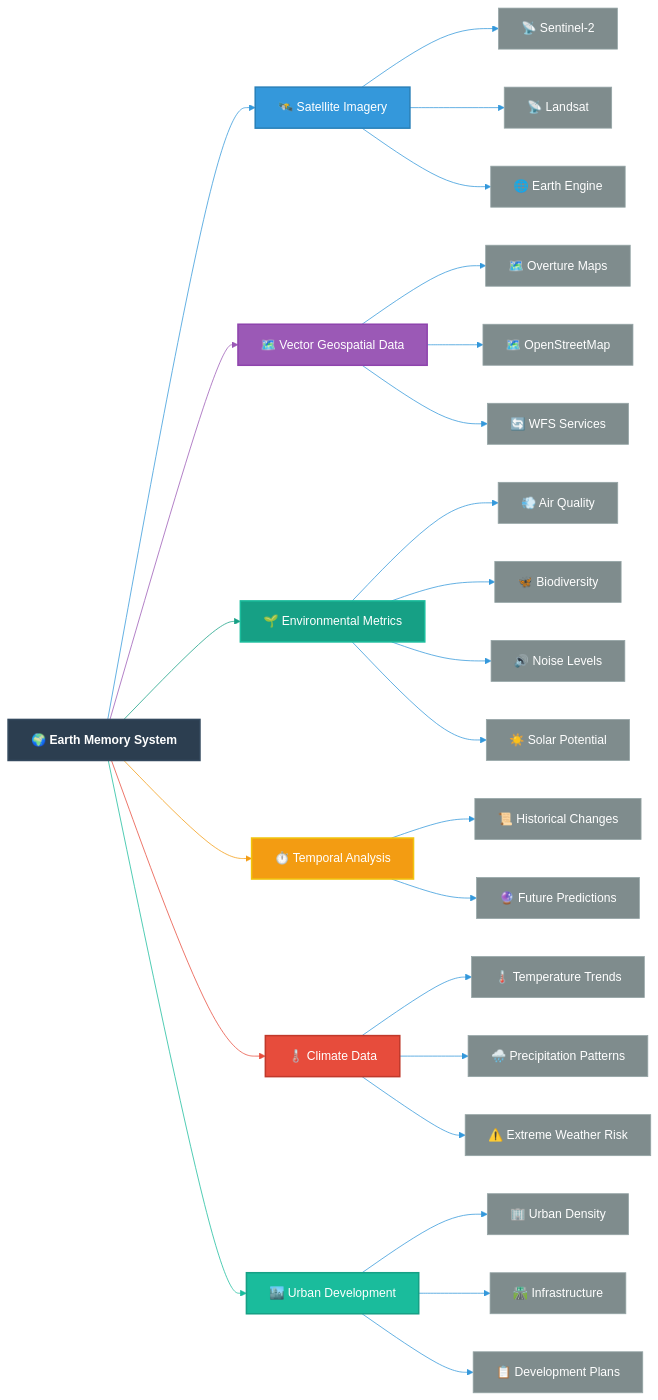
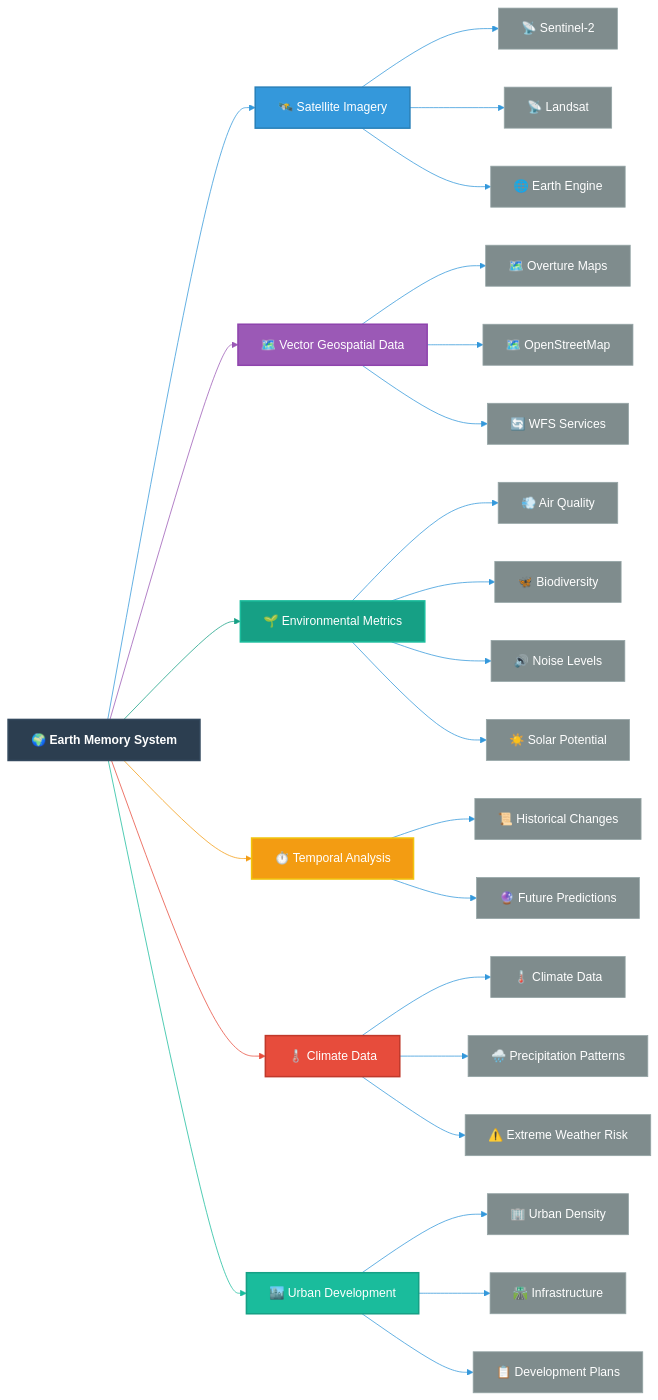
One commit to Vortx-AI/memories-dev changed the third of 6 diagrams in README.md. Above: the diagram before and after it, drawn with Mermaid. The commit also changed other lines of this file, not shown here.

Commit message:
Remove duplicate mermaid diagrams and keep only styled versions

````diff
--- a/README.md
+++ b/README.md
@@ -176,77 +142,77 @@
 ```mermaid
 %%{init: {'theme': 'forest', 'themeVariables': { 'primaryColor': '#2c3e50', 'primaryTextColor': '#ecf0f1', 'primaryBorderColor': '#34495e', 'lineColor': '#3498db', 'secondaryColor': '#16a085', 'tertiaryColor': '#2980b9'}}}%%
 graph LR
     classDef mainSystem fill:#2c3e50,stroke:#34495e,stroke-width:2px,color:white,font-weight:bold
     classDef satelliteData fill:#3498db,stroke:#2980b9,stroke-width:2px,color:white
     classDef vectorData fill:#9b59b6,stroke:#8e44ad,stroke-width:2px,color:white
     classDef environmentalData fill:#16a085,stroke:#1abc9c,stroke-width:2px,color:white
     classDef temporalData fill:#f39c12,stroke:#f1c40f,stroke-width:2px,color:white
     classDef climateData fill:#e74c3c,stroke:#c0392b,stroke-width:2px,color:white
     classDef urbanData fill:#1abc9c,stroke:#16a085,stroke-width:2px,color:white
     classDef dataSource fill:#7f8c8d,stroke:#95a5a6,stroke-width:1px,color:white
     
     A[🌍 Earth Memory System] --> B[🛰️ Satellite Imagery]
     A --> C[🗺️ Vector Geospatial Data]
     A --> D[🌱 Environmental Metrics]
     A --> E[⏱️ Temporal Analysis]
     A --> F[🌡️ Climate Data]
     A --> G[🏙️ Urban Development]
     
     B --> H[📡 Sentinel-2]
     B --> I[📡 Landsat]
     B --> J[🌐 Earth Engine]
     
     C --> K[🗺️ Overture Maps]
     C --> L[🗺️ OpenStreetMap]
     C --> M[🔄 WFS Services]
     
     D --> N[💨 Air Quality]
     D --> O[🦋 Biodiversity]
     D --> P[🔊 Noise Levels]
     D --> Q[☀️ Solar Potential]
     
     E --> R[📜 Historical Changes]
     E --> S[🔮 Future Predictions]
     
-    F --> T[🌡️ Temperature Trends]
+    F --> T[🌡️ Climate Data]
     F --> U[🌧️ Precipitation Patterns]
     F --> V[⚠️ Extreme Weather Risk]
     
     G --> W[🏢 Urban Density]
     G --> X[🛣️ Infrastructure]
     G --> Y[📋 Development Plans]
     
     A:::mainSystem
     B:::satelliteData
     C:::vectorData
     D:::environmentalData
     E:::temporalData
     F:::climateData
     G:::urbanData
     H:::dataSource
     I:::dataSource
     J:::dataSource
     K:::dataSource
     L:::dataSource
     M:::dataSource
     N:::dataSource
     O:::dataSource
     P:::dataSource
     Q:::dataSource
     R:::dataSource
     S:::dataSource
     T:::dataSource
     U:::dataSource
     V:::dataSource
     W:::dataSource
     X:::dataSource
     Y:::dataSource
     
     linkStyle 0,1,2,3,4,5 stroke-width:2px
     linkStyle 0 stroke:#3498db
     linkStyle 1 stroke:#9b59b6
     linkStyle 2 stroke:#16a085
     linkStyle 3 stroke:#f39c12
     linkStyle 4 stroke:#e74c3c
     linkStyle 5 stroke:#1abc9c
 ```
````
